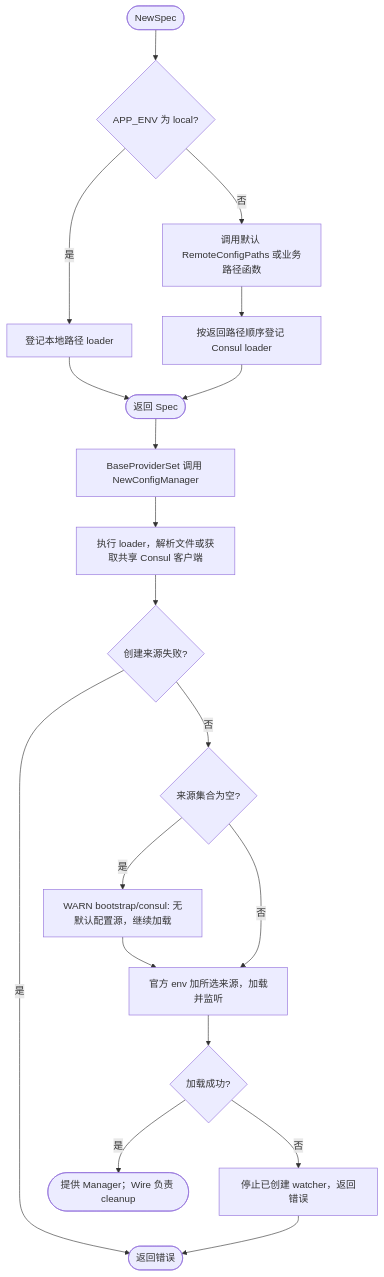
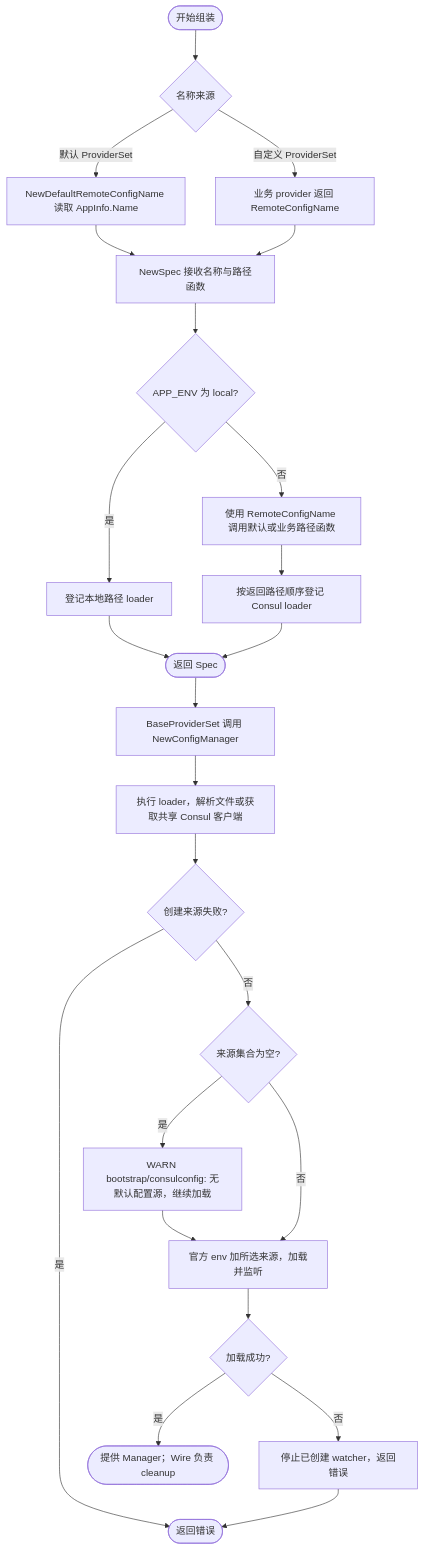
One commit to jaggerzhuang1994/kratos-foundation changed the diagram in contrib/bootstrap/consulconfig/README.md. Above: the diagram before and after it, drawn with Mermaid. The commit also changed other lines of this file and 10 other files, not shown here.

Commit message:
feat(consulconfig): 支持自定义远程配置名称 provider

````diff
--- a/contrib/bootstrap/consulconfig/README.md
+++ b/contrib/bootstrap/consulconfig/README.md
@@ -53,21 +71,26 @@
 ```mermaid
 flowchart TD
- A([NewSpec]) --> B{APP_ENV 为 local?}
+ A([开始组装]) --> A1{名称来源}
+ A1 -- 默认 ProviderSet --> A2[NewDefaultRemoteConfigName 读取 AppInfo.Name]
+ A1 -- 自定义 ProviderSet --> A3[业务 provider 返回 RemoteConfigName]
+ A2 --> A4[NewSpec 接收名称与路径函数]
+ A3 --> A4
+ A4 --> B{APP_ENV 为 local?}
  B -- 是 --> C[登记本地路径 loader]
- B -- 否 --> D[调用默认 RemoteConfigPaths 或业务路径函数]
+ B -- 否 --> D[使用 RemoteConfigName 调用默认或业务路径函数]
  D --> E[按返回路径顺序登记 Consul loader]
  C --> F([返回 Spec])
  E --> F
  F --> G[BaseProviderSet 调用 NewConfigManager]
  G --> H[执行 loader，解析文件或获取共享 Consul 客户端]
  H --> I{创建来源失败?}
  I -- 是 --> X([返回错误])
  I -- 否 --> N{来源集合为空?}
- N -- 是 --> O[WARN bootstrap/consul: 无默认配置源，继续加载]
+ N -- 是 --> O[WARN bootstrap/consulconfig: 无默认配置源，继续加载]
  O --> J[官方 env 加所选来源，加载并监听]
  N -- 否 --> J
  J --> K{加载成功?}
  K -- 否 --> L[停止已创建 watcher，返回错误]
  L --> X
  K -- 是 --> M([提供 Manager；Wire 负责 cleanup])
 ```
````
